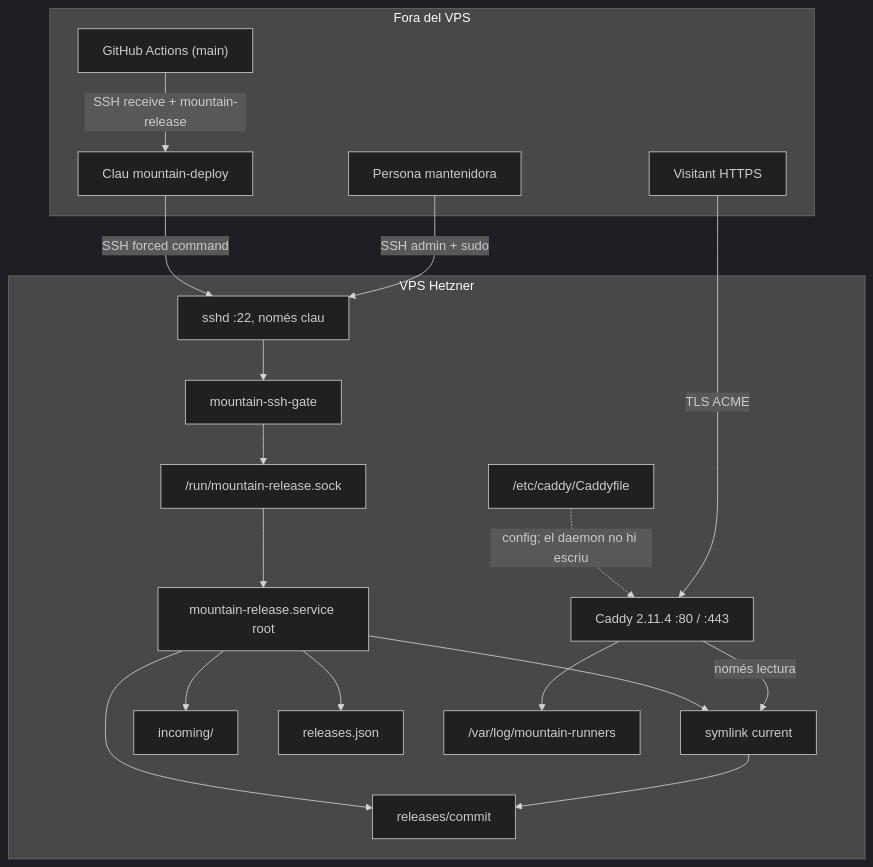
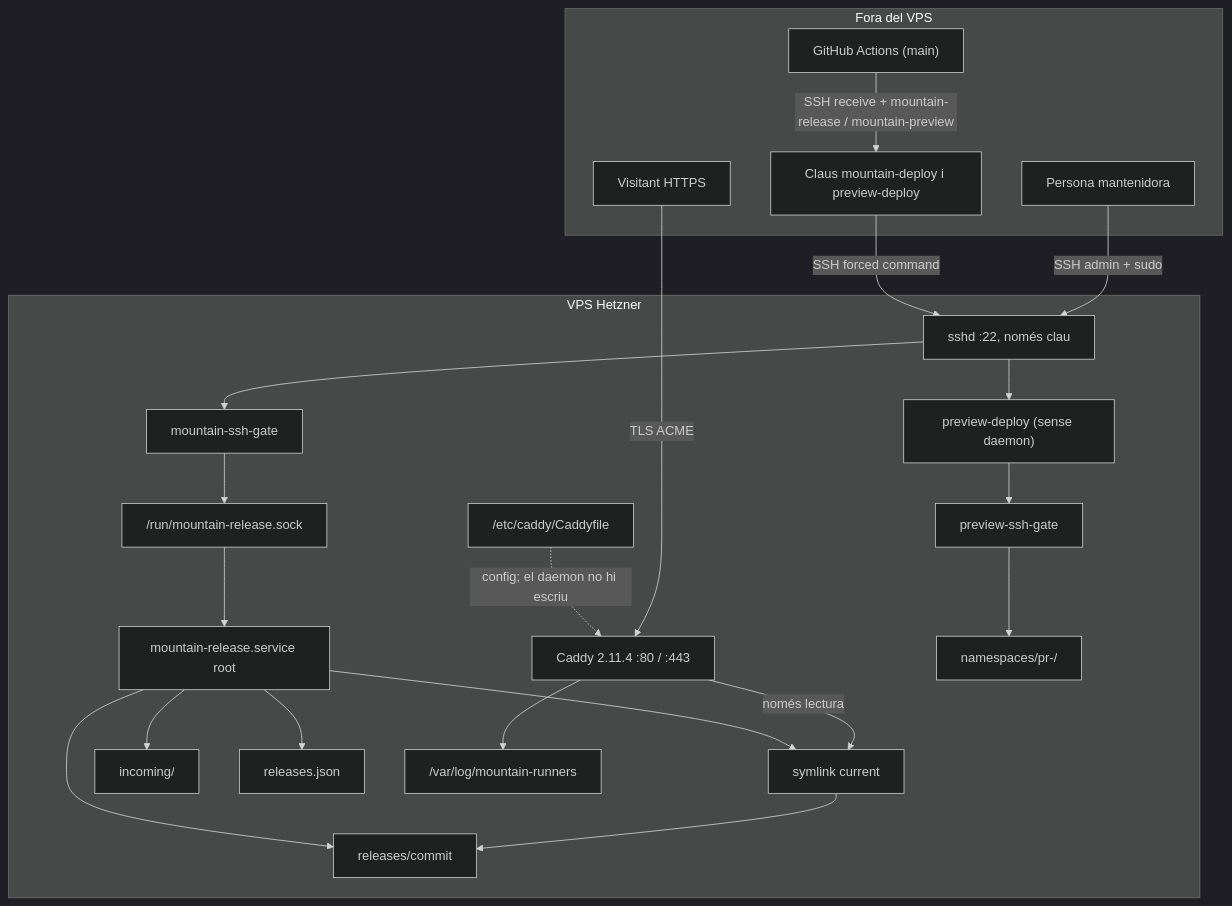
Before and after one commit to rboixaderg/mountain-runners: the first of 3 diagrams in docs/runbook.md, drawn with Mermaid (dark theme). The commit also changed other lines of this file and 19 other files, not shown here.

````diff
--- a/docs/runbook.md
+++ b/docs/runbook.md
@@ -62,39 +71,45 @@
 ```mermaid
 flowchart TB
   subgraph Fora["Fora del VPS"]
     Visitant["Visitant HTTPS"]
     Mantenidora["Persona mantenidora"]
     Actions["GitHub Actions (main)"]
-    DeployKey["Clau mountain-deploy"]
+    DeployKey["Claus mountain-deploy i preview-deploy"]
   end
 
   subgraph VPS["VPS Hetzner"]
     sshd["sshd :22, només clau"]
     Caddy["Caddy 2.11.4 :80 / :443"]
     Gate["mountain-ssh-gate"]
     Daemon["mountain-release.service root"]
+    PreviewGate["preview-ssh-gate"]
+    PreviewIdentity["preview-deploy (sense daemon)"]
+    PreviewNamespaces["namespaces/pr-<n>/"]
     Sock["/run/mountain-release.sock"]
     Current["symlink current"]
     Releases["releases/commit"]
     Incoming["incoming/"]
     Registry["releases.json"]
     Logs["/var/log/mountain-runners"]
     Caddyfile["/etc/caddy/Caddyfile"]
   end
 
   Visitant -->|"TLS ACME"| Caddy
   Caddy -->|"només lectura"| Current
   Current --> Releases
   Caddy --> Logs
   Caddyfile -.->|"config; el daemon no hi escriu"| Caddy
   Mantenidora -->|"SSH admin + sudo"| sshd
-  Actions -->|"SSH receive + mountain-release"| DeployKey
+  Actions -->|"SSH receive + mountain-release / mountain-preview"| DeployKey
   DeployKey -->|"SSH forced command"| sshd
   sshd --> Gate
+  sshd --> PreviewIdentity
   Gate --> Sock
   Sock --> Daemon
   Daemon --> Incoming
   Daemon --> Releases
   Daemon --> Current
   Daemon --> Registry
+  PreviewIdentity --> PreviewGate
+  PreviewGate --> PreviewNamespaces
 ```
````
